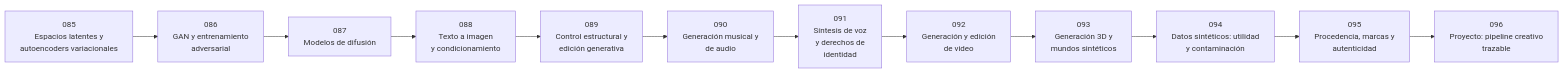
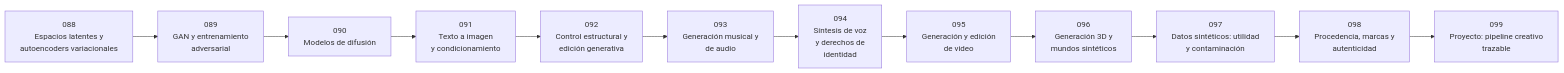
Before and after one commit to vladimiracunadev-create/artificial-intelligence-evolution-program: the diagram in classes/part-07-generative-ai-across-media/README.md, drawn with Mermaid. The commit also changed other lines of this file and 1522 other files, not shown here.

````diff
--- a/classes/part-07-generative-ai-across-media/README.md
+++ b/classes/part-07-generative-ai-across-media/README.md
@@ -11,26 +11,26 @@
 ```mermaid
 flowchart LR
-    L085["085<br/>Espacios latentes y<br/>autoencoders variacionales"]
-    L086["086<br/>GAN y entrenamiento<br/>adversarial"]
-    L087["087<br/>Modelos de difusión"]
-    L088["088<br/>Texto a imagen<br/>y condicionamiento"]
-    L089["089<br/>Control estructural y<br/>edición generativa"]
-    L090["090<br/>Generación musical y<br/>de audio"]
-    L091["091<br/>Síntesis de voz<br/>y derechos de<br/>identidad"]
-    L092["092<br/>Generación y edición<br/>de video"]
-    L093["093<br/>Generación 3D y<br/>mundos sintéticos"]
-    L094["094<br/>Datos sintéticos: utilidad<br/>y contaminación"]
-    L095["095<br/>Procedencia, marcas y<br/>autenticidad"]
-    L096["096<br/>Proyecto: pipeline creativo<br/>trazable"]
-    L085 --> L086
-    L086 --> L087
-    L087 --> L088
+    L088["088<br/>Espacios latentes y<br/>autoencoders variacionales"]
+    L089["089<br/>GAN y entrenamiento<br/>adversarial"]
+    L090["090<br/>Modelos de difusión"]
+    L091["091<br/>Texto a imagen<br/>y condicionamiento"]
+    L092["092<br/>Control estructural y<br/>edición generativa"]
+    L093["093<br/>Generación musical y<br/>de audio"]
+    L094["094<br/>Síntesis de voz<br/>y derechos de<br/>identidad"]
+    L095["095<br/>Generación y edición<br/>de video"]
+    L096["096<br/>Generación 3D y<br/>mundos sintéticos"]
+    L097["097<br/>Datos sintéticos: utilidad<br/>y contaminación"]
+    L098["098<br/>Procedencia, marcas y<br/>autenticidad"]
+    L099["099<br/>Proyecto: pipeline creativo<br/>trazable"]
     L088 --> L089
     L089 --> L090
     L090 --> L091
     L091 --> L092
     L092 --> L093
     L093 --> L094
     L094 --> L095
     L095 --> L096
+    L096 --> L097
+    L097 --> L098
+    L098 --> L099
 ```
````
